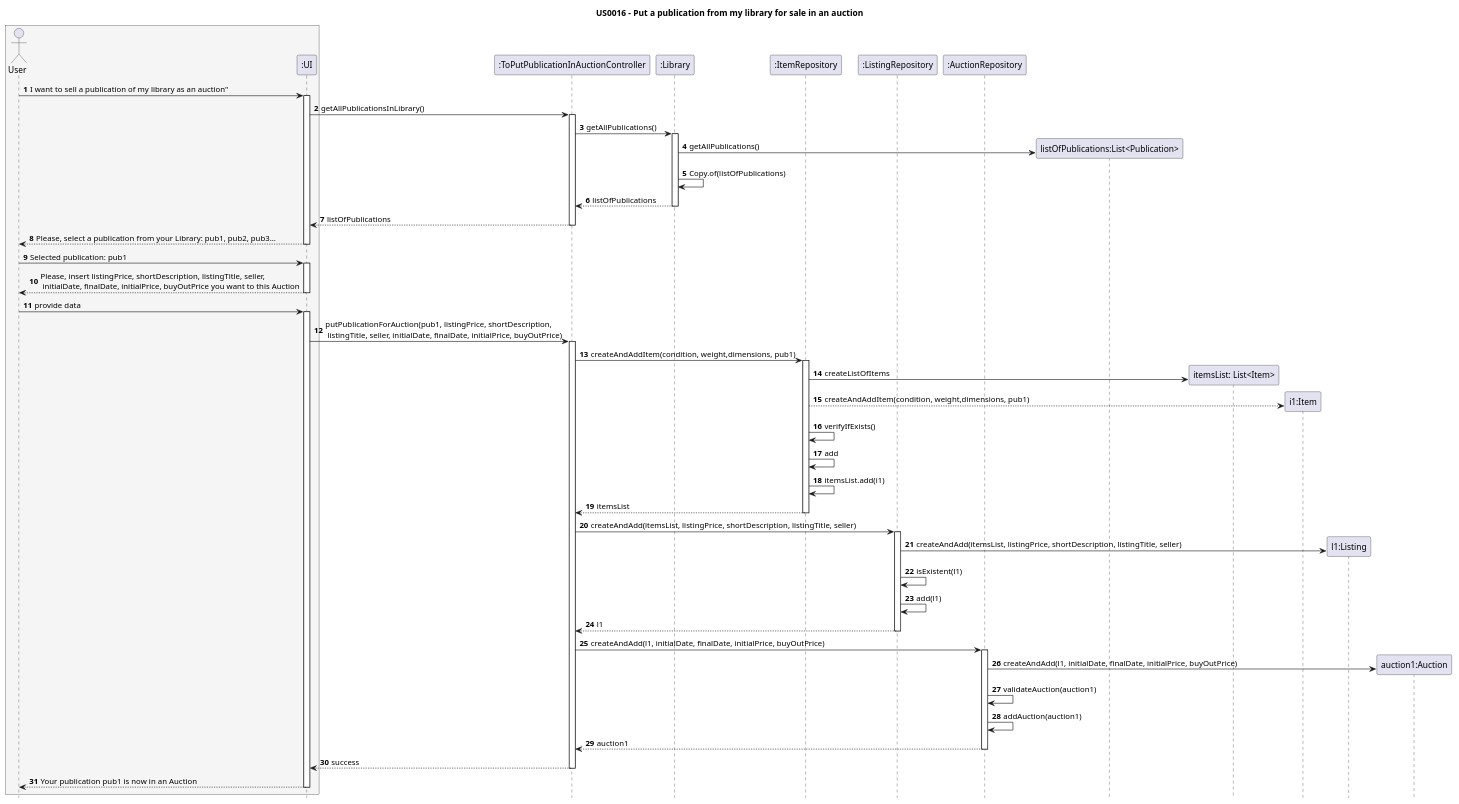
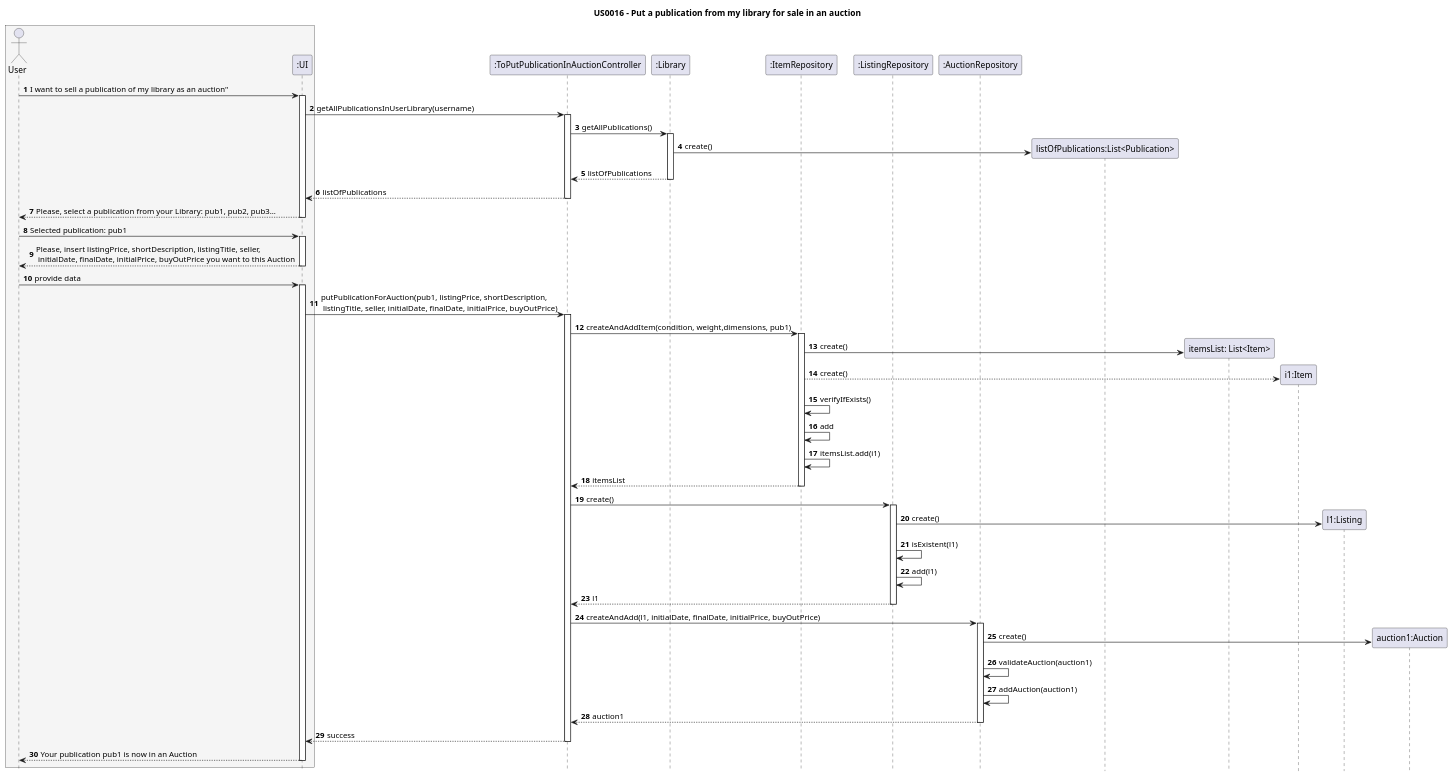
Before and after one commit to AndrePereiraGitH/SWitCH-Project-Team_A: the diagram in Diagrams/SequenceDiagrams/N2/US016-to-put-for-sale-as-Auction-publication-in-my-library.puml, drawn with PlantUML. The commit also changed 1 other file, not shown here.

```diff
--- a/Diagrams/SequenceDiagrams/N2/US016-to-put-for-sale-as-Auction-publication-in-my-library.puml
+++ b/Diagrams/SequenceDiagrams/N2/US016-to-put-for-sale-as-Auction-publication-in-my-library.puml
@@ -1,103 +1,103 @@
 @startuml
 autonumber
 hide footbox
 title US0016 - Put a publication from my library for sale in an auction
 
 box #whitesmoke
     actor User
     participant ":UI" as UI
 end box
 
     participant ":ToPutPublicationInAuctionController" as ctrl
 
 
 
     participant ":Library" as Lib
 
     participant ":ItemRepository" as ItemRepo
 
     participant ":ListingRepository" as ListingRepo
 
     participant ":AuctionRepository" as AucRepo
 
 
 
 User -> UI : I want to sell a publication of my library as an auction"
 activate UI
 
 /' ====== GET LIST OF PUBLICATIONS IN LIBRARY ========= '/
-UI -> ctrl : getAllPublicationsInLibrary()
+UI -> ctrl : getAllPublicationsInUserLibrary(username)
 activate ctrl
 ctrl -> Lib : getAllPublications()
 activate Lib
 create "listOfPublications:List<Publication>" as listPub
-Lib -> listPub : getAllPublications()
+Lib -> listPub : create()
 
-Lib -> Lib : Copy.of(listOfPublications)
+/'Lib -> Lib : Copy.of(listOfPublications)'/
 
 Lib --> ctrl : listOfPublications
 deactivate Lib
 ctrl --> UI : listOfPublications
 deactivate ctrl
 UI --> User : Please, select a publication from your Library: pub1, pub2, pub3...
 deactivate UI
 
 
 /' ====== AUCTION AND LISTING REQUESTS ========= '/
 
 User -> UI : Selected publication: pub1
 activate UI
 UI --> User : Please, insert listingPrice, shortDescription, listingTitle, seller,\n initialDate, finalDate, initialPrice, buyOutPrice you want to this Auction
 deactivate UI
 User -> UI : provide data
 activate UI
 UI -> ctrl : putPublicationForAuction(pub1, listingPrice, shortDescription,\n listingTitle, seller, initialDate, finalDate, initialPrice, buyOutPrice)
 activate ctrl
 
 /' ====== ITEMS OF PUBLICATION ========= '/
 
 
 ctrl -> ItemRepo : createAndAddItem(condition, weight,dimensions, pub1)
 
 activate ItemRepo
 create "itemsList: List<Item>" as itemsList
-ItemRepo -> itemsList : createListOfItems
+ItemRepo -> itemsList : create()
 create "i1:Item" as i1
-ItemRepo --> i1 : createAndAddItem(condition, weight,dimensions, pub1)
+ItemRepo --> i1 : create()
 
 ItemRepo -> ItemRepo : verifyIfExists()
 ItemRepo -> ItemRepo : add
 ItemRepo -> ItemRepo : itemsList.add(i1)
 
 ItemRepo --> ctrl : itemsList
 deactivate ItemRepo
 
 /' ====== ===== LISTING ========= '/
 
-ctrl -> ListingRepo : createAndAdd(itemsList, listingPrice, shortDescription, listingTitle, seller)
+ctrl -> ListingRepo : create()
 activate ListingRepo
 create "l1:Listing" as l1
-ListingRepo -> l1 : createAndAdd(itemsList, listingPrice, shortDescription, listingTitle, seller)
+ListingRepo -> l1 : create()
 ListingRepo -> ListingRepo : isExistent(l1)
 ListingRepo -> ListingRepo : add(l1)
 ListingRepo --> ctrl : l1
 deactivate ListingRepo
 
 /' ====== ===== AUCTION ========= '/
 ctrl -> AucRepo : createAndAdd(l1, initialDate, finalDate, initialPrice, buyOutPrice)
 activate AucRepo
 create "auction1:Auction" as a1
-AucRepo -> a1 : createAndAdd(l1, initialDate, finalDate, initialPrice, buyOutPrice)
+AucRepo -> a1 : create()
 
 AucRepo -> AucRepo : validateAuction(auction1)
 AucRepo -> AucRepo : addAuction(auction1)
 AucRepo --> ctrl : auction1
 deactivate AucRepo
 
 /'========== RETURN SUCCESS ========== '/
 
 ctrl --> UI : success
 deactivate ctrl
 UI --> User : Your publication pub1 is now in an Auction
 deactivate UI
 @enduml
```
